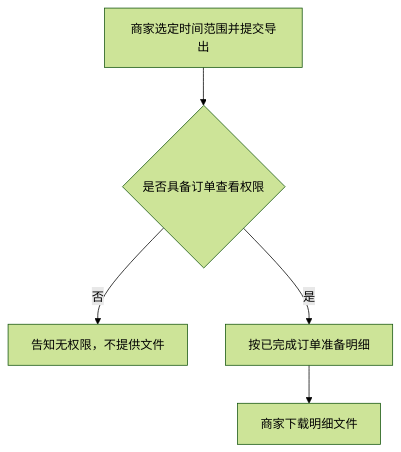
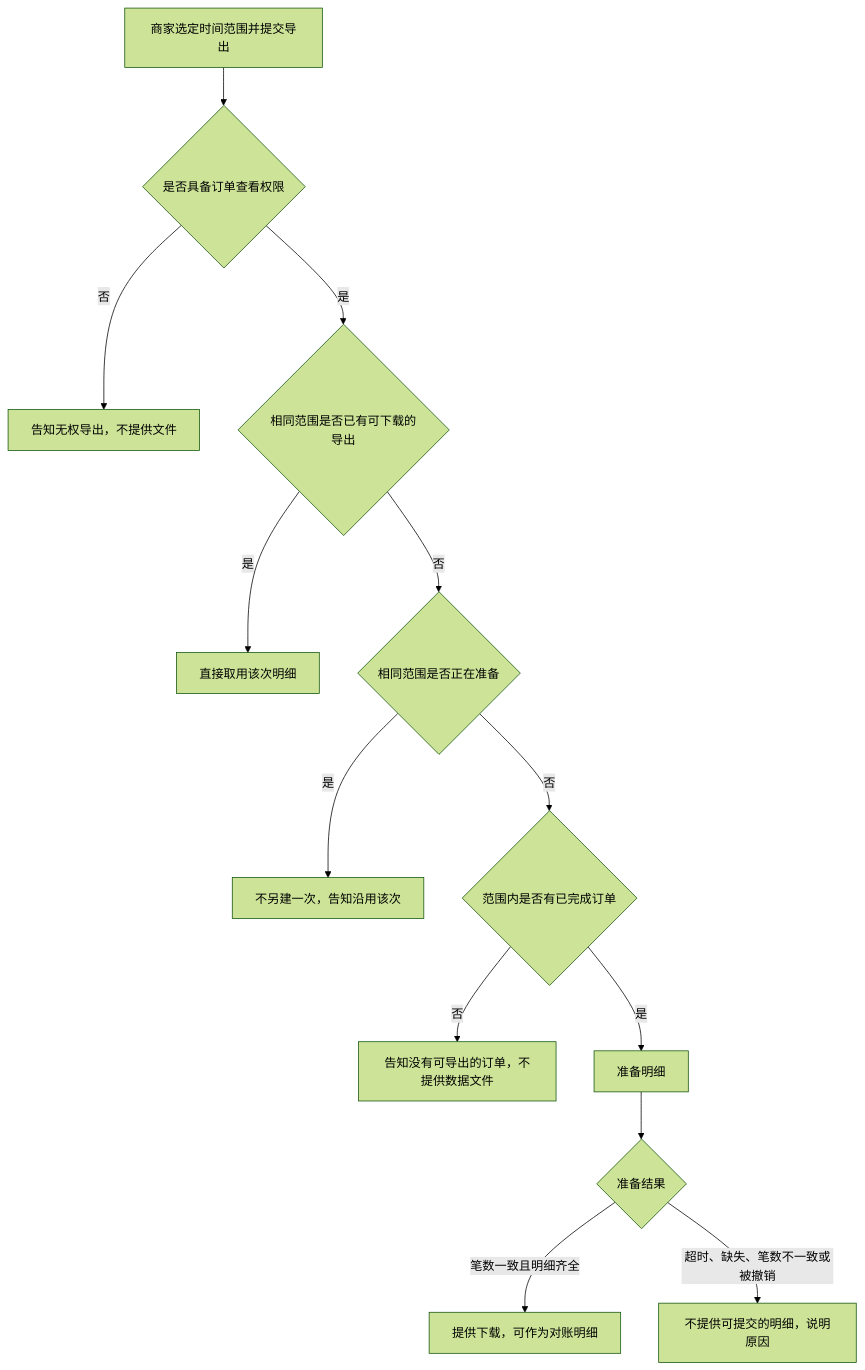
One commit to Izelzzz/izel-skill changed the diagram in skills/product-spec/references/example.md. Above: the diagram before and after it, drawn with Mermaid (forest theme). The commit also changed other lines of this file and 2 other files, not shown here.

````diff
--- a/skills/product-spec/references/example.md
+++ b/skills/product-spec/references/example.md
@@ -20,7 +35,15 @@
 ```mermaid
 flowchart TD
   A[商家选定时间范围并提交导出] --> B{是否具备订单查看权限}
-  B -->|否| C[告知无权限，不提供文件]
-  B -->|是| D[按已完成订单准备明细]
-  D --> E[商家下载明细文件]
+  B -->|否| C[告知无权导出，不提供文件]
+  B -->|是| D{相同范围是否已有可下载的导出}
+  D -->|是| E[直接取用该次明细]
+  D -->|否| F{相同范围是否正在准备}
+  F -->|是| G[不另建一次，告知沿用该次]
+  F -->|否| H{范围内是否有已完成订单}
+  H -->|否| I[告知没有可导出的订单，不提供数据文件]
+  H -->|是| J[准备明细]
+  J --> K{准备结果}
+  K -->|笔数一致且明细齐全| L[提供下载，可作为对账明细]
+  K -->|超时、缺失、笔数不一致或被撤销| M[不提供可提交的明细，说明原因]
 ```
````
